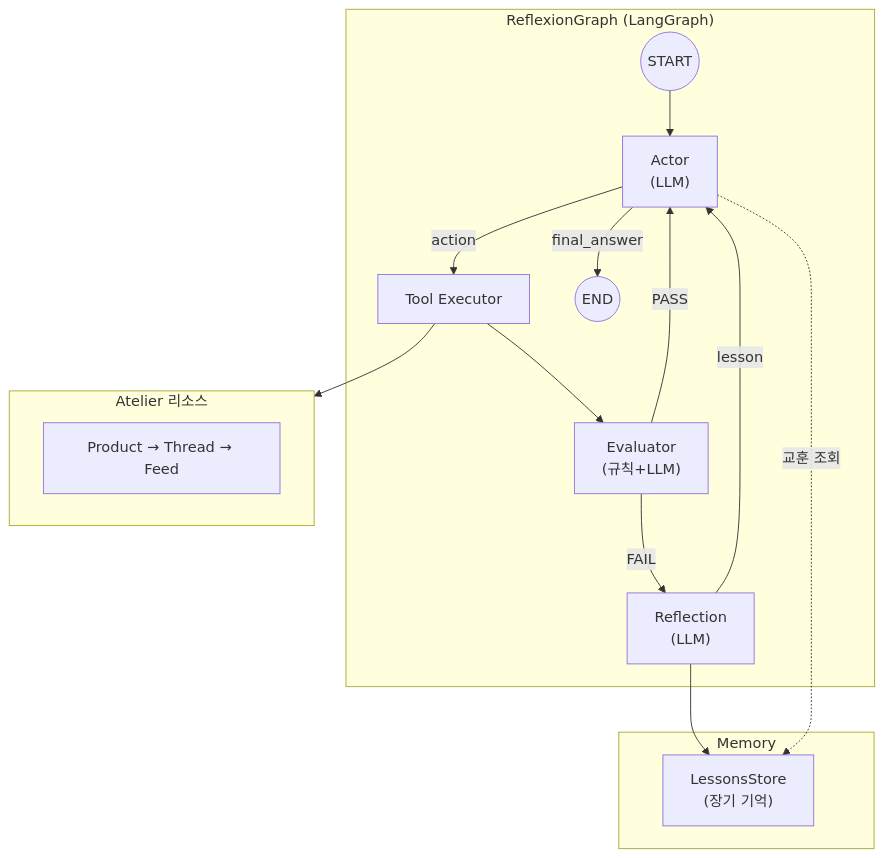
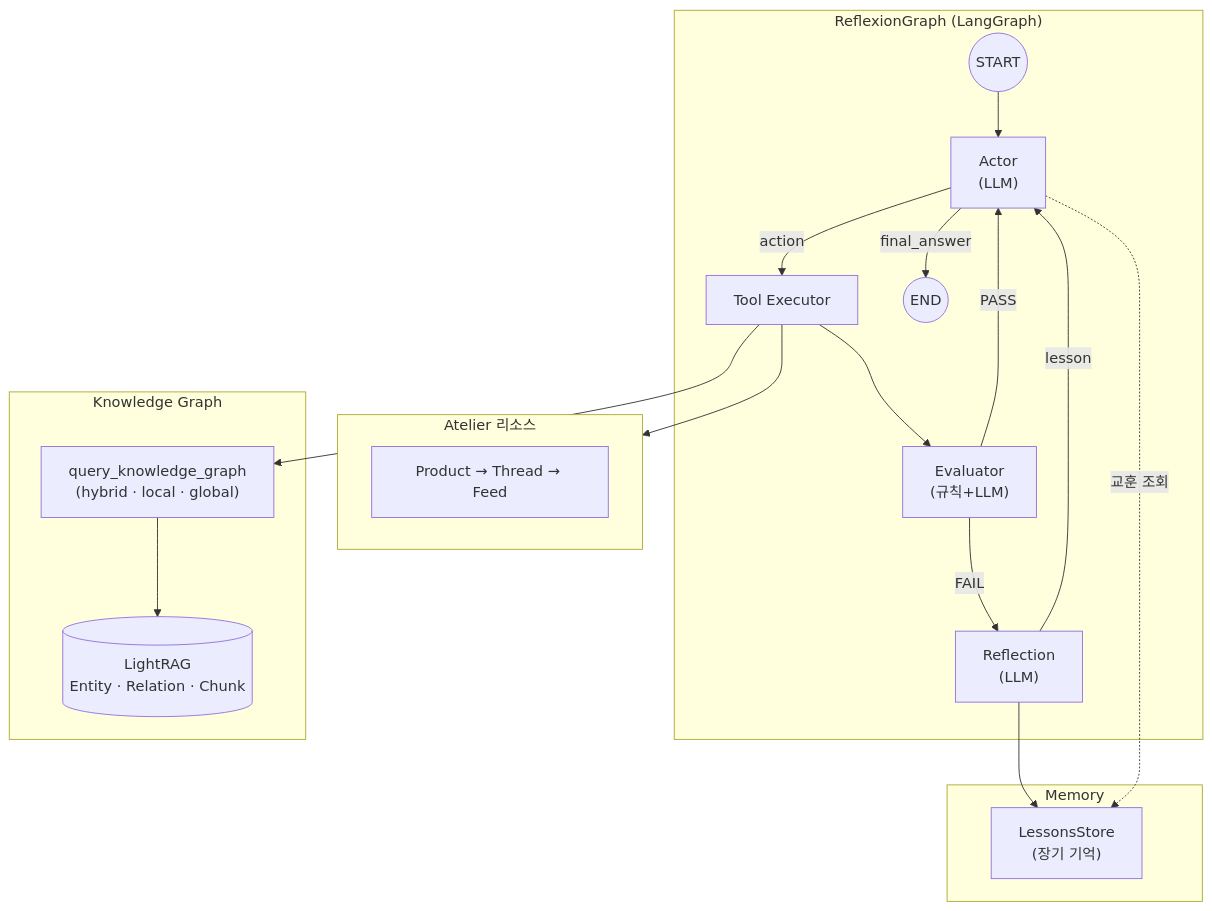
Before and after one commit to SJayKim/SJayKim: the diagram in images/reflexion_diagram.mmd, drawn with Mermaid. The commit also changed 5 other files, not shown here.

```diff
--- a/images/reflexion_diagram.mmd
+++ b/images/reflexion_diagram.mmd
@@ -1,29 +1,36 @@
 flowchart TB
     subgraph ReflexionGraph["ReflexionGraph (LangGraph)"]
         START((START))
         Actor["Actor<br/>(LLM)"]
         ToolExec["Tool Executor"]
         Evaluator["Evaluator<br/>(규칙+LLM)"]
         Reflection["Reflection<br/>(LLM)"]
         END_NODE((END))
         
         START --> Actor
         Actor -->|"action"| ToolExec
         Actor -->|"final_answer"| END_NODE
         ToolExec --> Evaluator
         Evaluator -->|"PASS"| Actor
         Evaluator -->|"FAIL"| Reflection
         Reflection -->|"lesson"| Actor
     end
 
     subgraph Memory["Memory"]
         LongTerm["LessonsStore<br/>(장기 기억)"]
     end
 
     subgraph Resources["Atelier 리소스"]
         Product["Product → Thread → Feed"]
     end
 
+    subgraph KG["Knowledge Graph"]
+        KGQuery["query_knowledge_graph<br/>(hybrid · local · global)"]
+        LightRAG[("LightRAG<br/>Entity · Relation · Chunk")]
+        KGQuery --> LightRAG
+    end
+
     ToolExec --> Resources
+    ToolExec --> KGQuery
     Reflection --> LongTerm
     Actor -.->|"교훈 조회"| LongTerm
```
